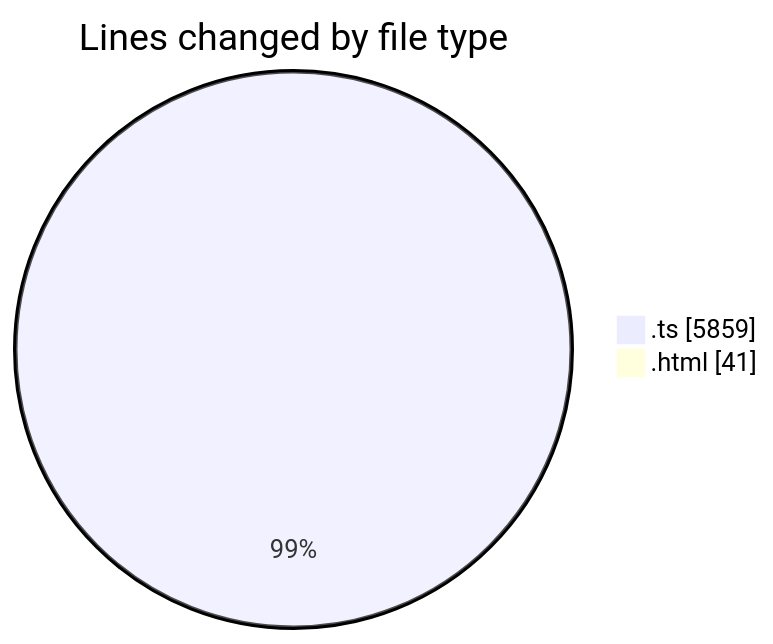
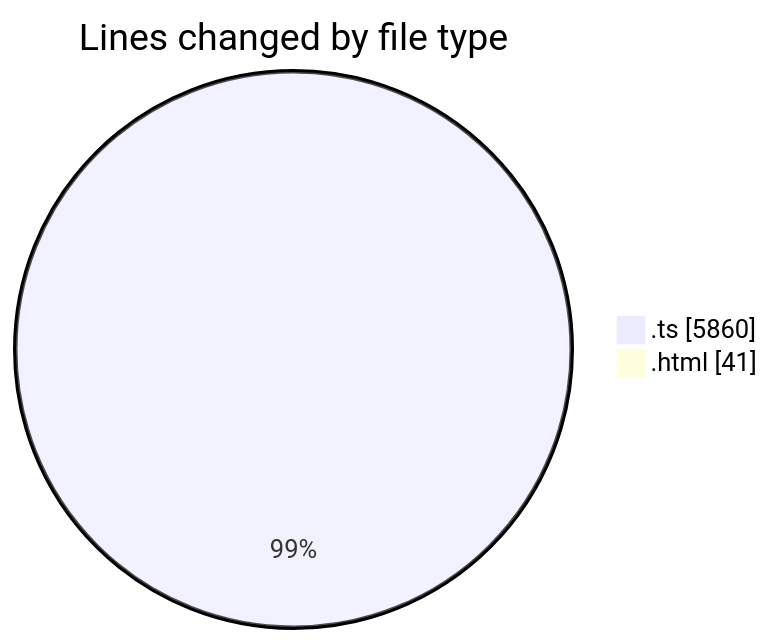
One commit to tmsrecording-cyber/code-tracking changed the first of 2 diagrams in 2026-02-08/singularitybrainai/README.md. Above: the diagram before and after it, drawn with Mermaid. The commit also changed other lines of this file and 1 other file, not shown here.

````diff
--- a/2026-02-08/singularitybrainai/README.md
+++ b/2026-02-08/singularitybrainai/README.md
@@ -27,6 +27,6 @@
 ```mermaid
 pie showData
 title Lines changed by file type
-".ts" : 5859
+".ts" : 5860
 ".html" : 41
 ```
````
